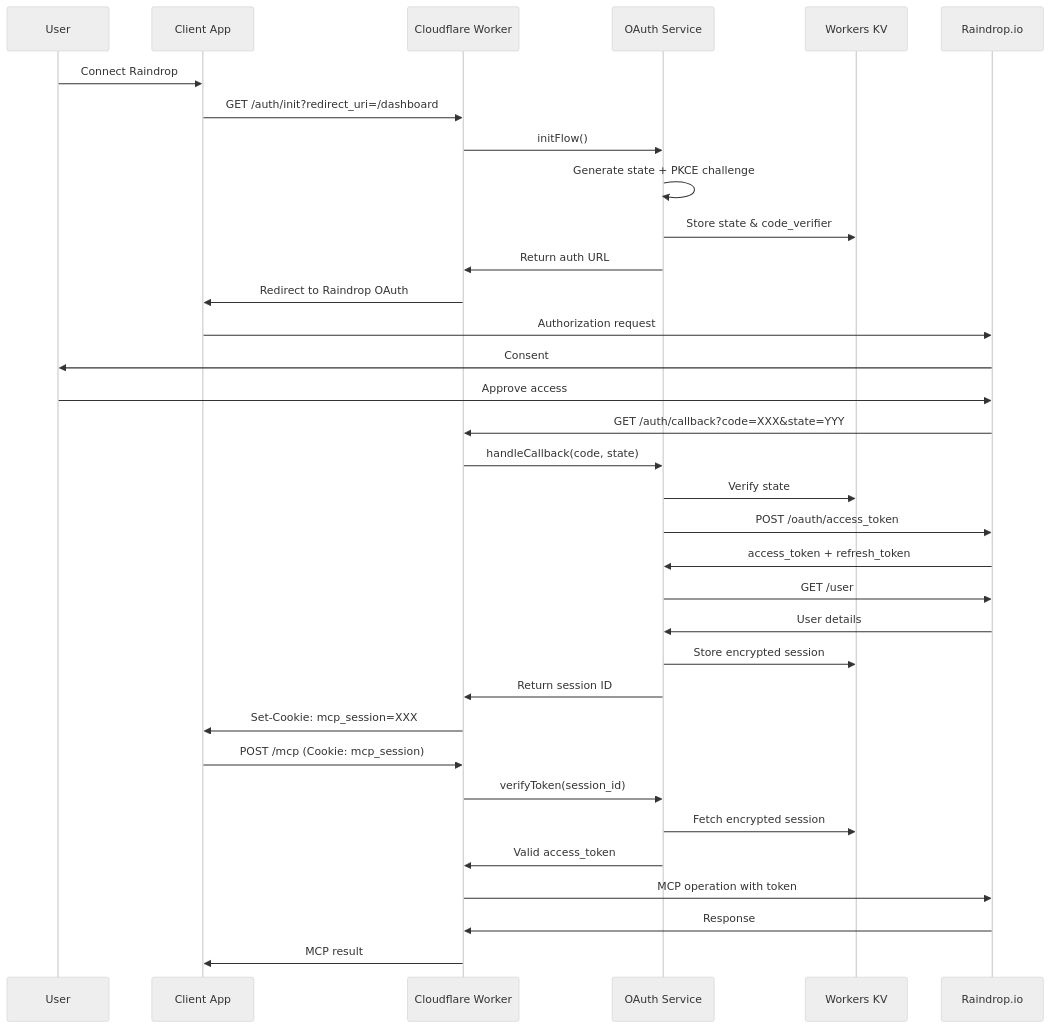
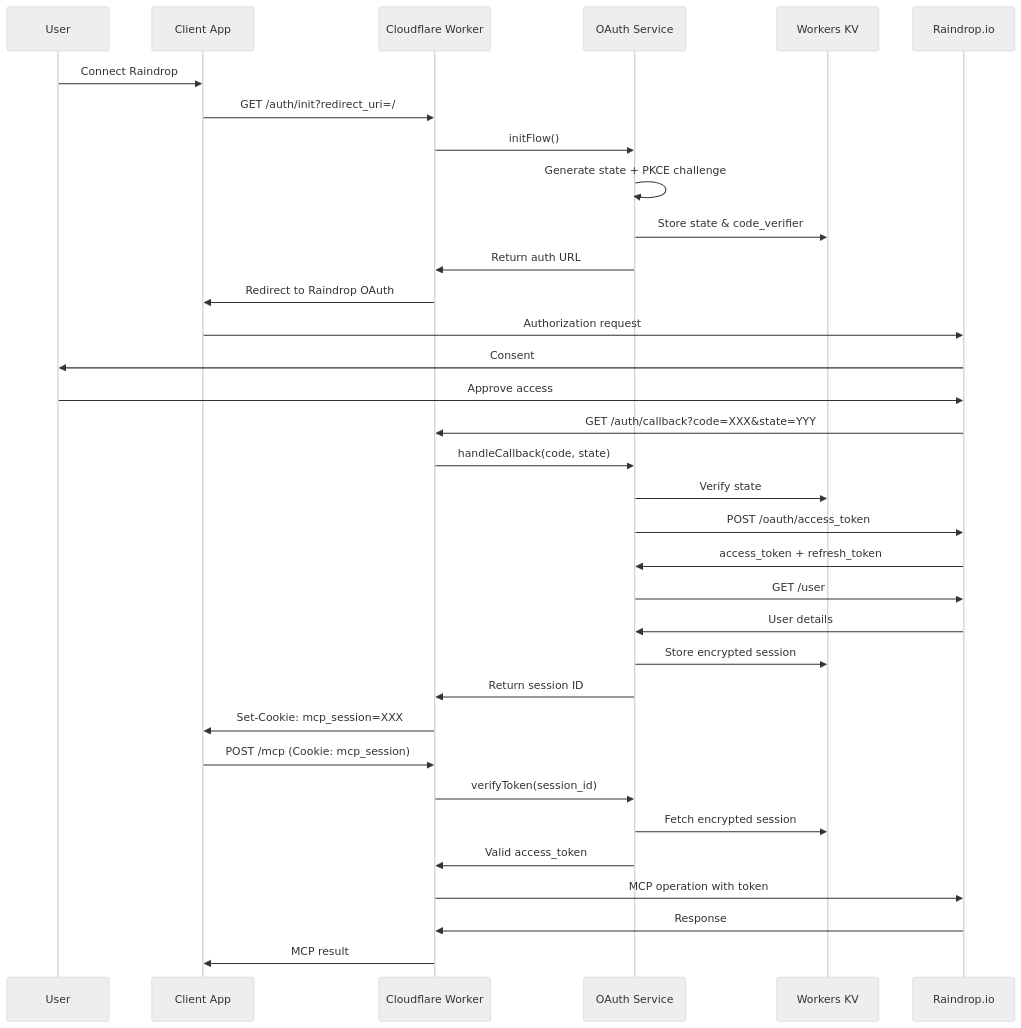
Before and after one commit to Aarekaz/raindrop-mcp: the second of 3 diagrams in README.md, drawn with Mermaid (neutral theme). The commit also changed 5 other files, not shown here.

Commit message:
fix: return oauth flow to landing page

````diff
--- a/README.md
+++ b/README.md
@@ -177,37 +177,37 @@
 ```mermaid
 sequenceDiagram
     participant User
     participant Client as Client App
     participant Worker as Cloudflare Worker
     participant OAuth as OAuth Service
     participant KV as Workers KV
     participant Raindrop as Raindrop.io
 
     User->>Client: Connect Raindrop
-    Client->>Worker: GET /auth/init?redirect_uri=/dashboard
+    Client->>Worker: GET /auth/init?redirect_uri=/
     Worker->>OAuth: initFlow()
     OAuth->>OAuth: Generate state + PKCE challenge
     OAuth->>KV: Store state & code_verifier
     OAuth->>Worker: Return auth URL
     Worker->>Client: Redirect to Raindrop OAuth
     Client->>Raindrop: Authorization request
     Raindrop->>User: Consent
     User->>Raindrop: Approve access
     Raindrop->>Worker: GET /auth/callback?code=XXX&state=YYY
     Worker->>OAuth: handleCallback(code, state)
     OAuth->>KV: Verify state
     OAuth->>Raindrop: POST /oauth/access_token
     Raindrop->>OAuth: access_token + refresh_token
     OAuth->>Raindrop: GET /user
     Raindrop->>OAuth: User details
     OAuth->>KV: Store encrypted session
     OAuth->>Worker: Return session ID
     Worker->>Client: Set-Cookie: mcp_session=XXX
     Client->>Worker: POST /mcp (Cookie: mcp_session)
     Worker->>OAuth: verifyToken(session_id)
     OAuth->>KV: Fetch encrypted session
     OAuth->>Worker: Valid access_token
     Worker->>Raindrop: MCP operation with token
     Raindrop->>Worker: Response
     Worker->>Client: MCP result
 ```
````
